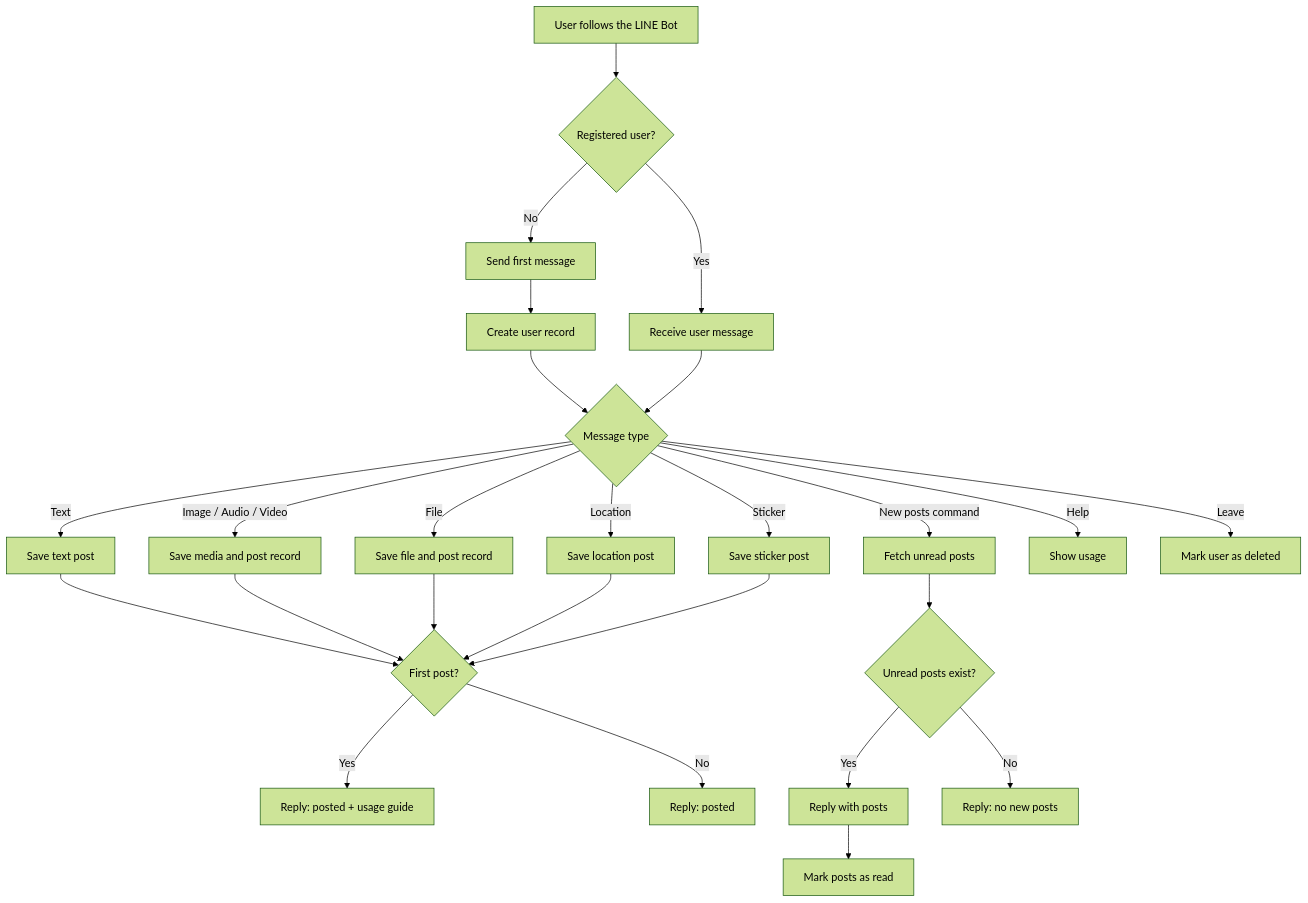
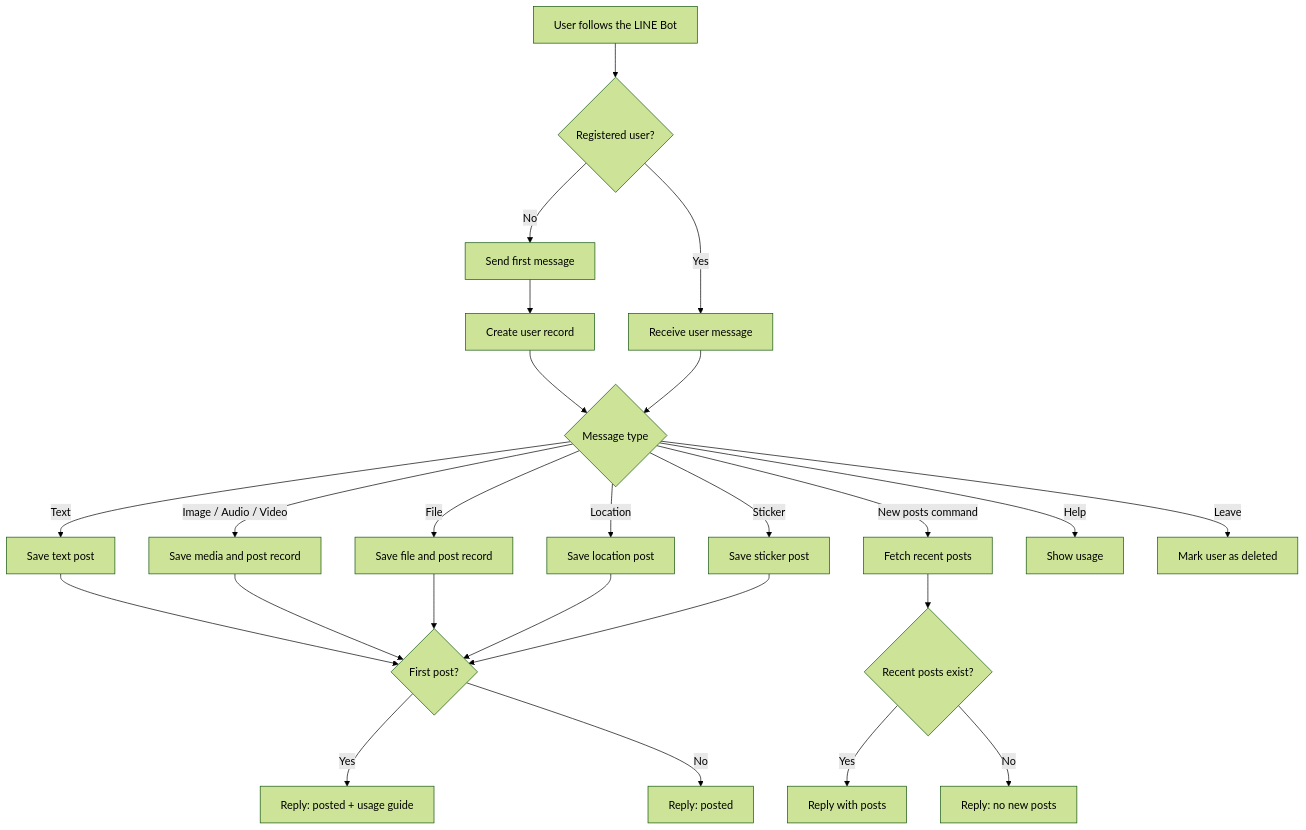
Before and after one commit to Unjuno/bot_mini_sns: the first of 4 diagrams in docs/user-flow.md, drawn with Mermaid (forest theme). The commit also changed other lines of this file and 6 other files, not shown here.

Commit message:
Use recent timeline posts

````diff
--- a/docs/user-flow.md
+++ b/docs/user-flow.md
@@ -5,31 +5,30 @@
 ```mermaid
 flowchart TD
     A[User follows the LINE Bot] --> B{Registered user?}
     B -- No --> C[Send first message]
     C --> D[Create user record]
     B -- Yes --> E[Receive user message]
     D --> F{Message type}
     E --> F
 
     F -- Text --> G[Save text post]
     F -- Image / Audio / Video --> H[Save media and post record]
     F -- File --> I[Save file and post record]
     F -- Location --> J[Save location post]
     F -- Sticker --> K[Save sticker post]
-    F -- New posts command --> L[Fetch unread posts]
+    F -- New posts command --> L[Fetch recent posts]
     F -- Help --> M[Show usage]
     F -- Leave --> N[Mark user as deleted]
 
     G --> O{First post?}
     H --> O
     I --> O
     J --> O
     K --> O
     O -- Yes --> P[Reply: posted + usage guide]
     O -- No --> Q[Reply: posted]
 
-    L --> R{Unread posts exist?}
+    L --> R{Recent posts exist?}
     R -- Yes --> S[Reply with posts]
     R -- No --> T[Reply: no new posts]
-    S --> U[Mark posts as read]
 ```
````
